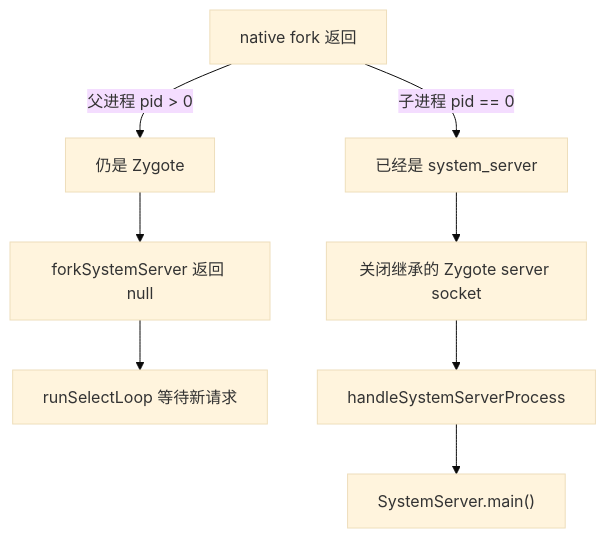
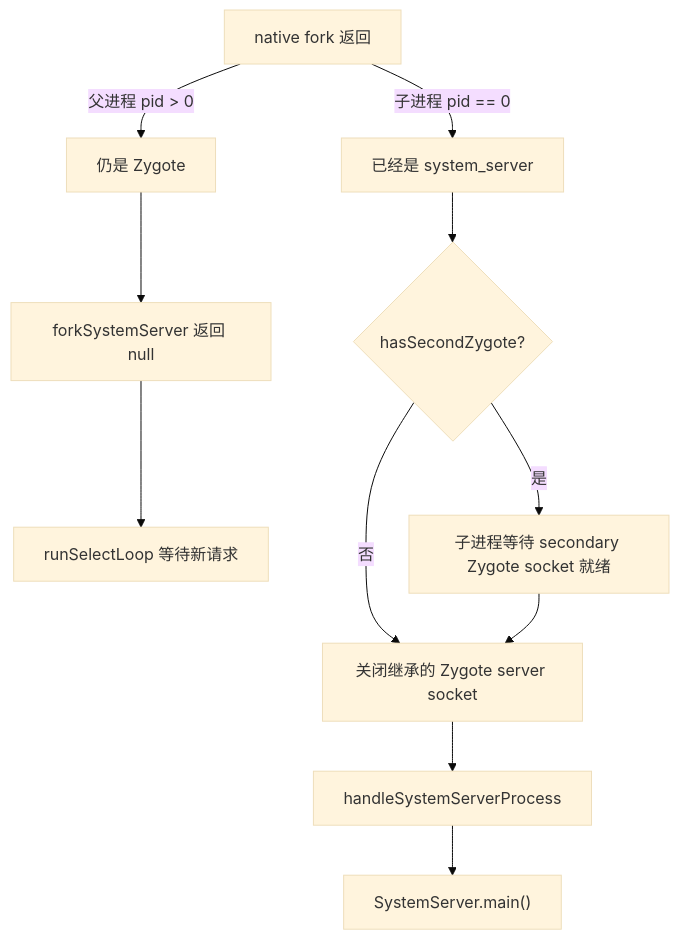
The third of 4 diagrams in Android源码学习/05-Zygote启动与应用孵化.md (junyingzhao001/StudyNotes), drawn with Mermaid (base theme) before and after one commit. The commit also changed other lines of this file and 617 other files, not shown here.

````diff
--- a/Android源码学习/05-Zygote启动与应用孵化.md
+++ b/Android源码学习/05-Zygote启动与应用孵化.md
@@ -315,11 +323,14 @@
 ```mermaid
 flowchart TD
     F["native fork 返回"]
     F -->|"父进程 pid > 0"| P["仍是 Zygote"]
     P --> N["forkSystemServer 返回 null"]
     N --> L["runSelectLoop 等待新请求"]
     F -->|"子进程 pid == 0"| C["已经是 system_server"]
-    C --> CS["关闭继承的 Zygote server socket"]
+    C --> W{"hasSecondZygote?"}
+    W -->|"是"| WS["子进程等待 secondary Zygote socket 就绪"]
+    W -->|"否"| CS["关闭继承的 Zygote server socket"]
+    WS --> CS
     CS --> H["handleSystemServerProcess"]
     H --> SM["SystemServer.main()"]
 ```
````
